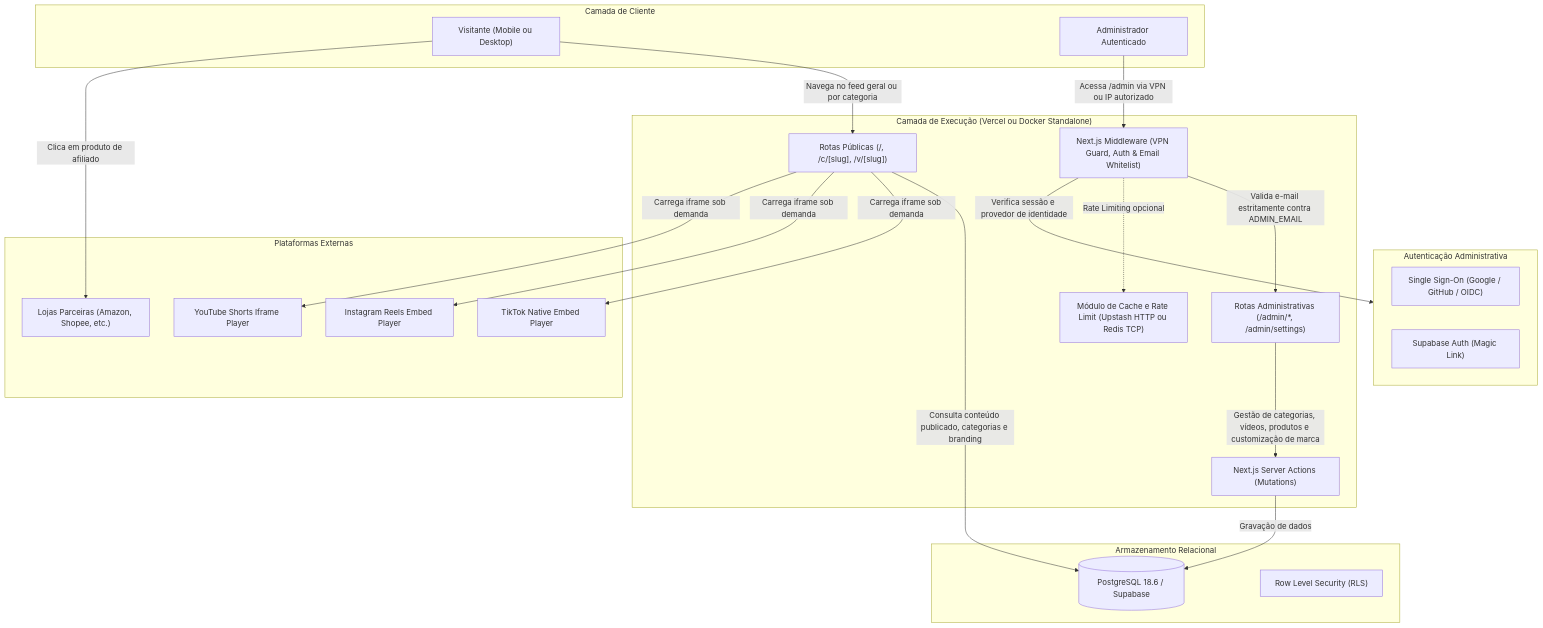
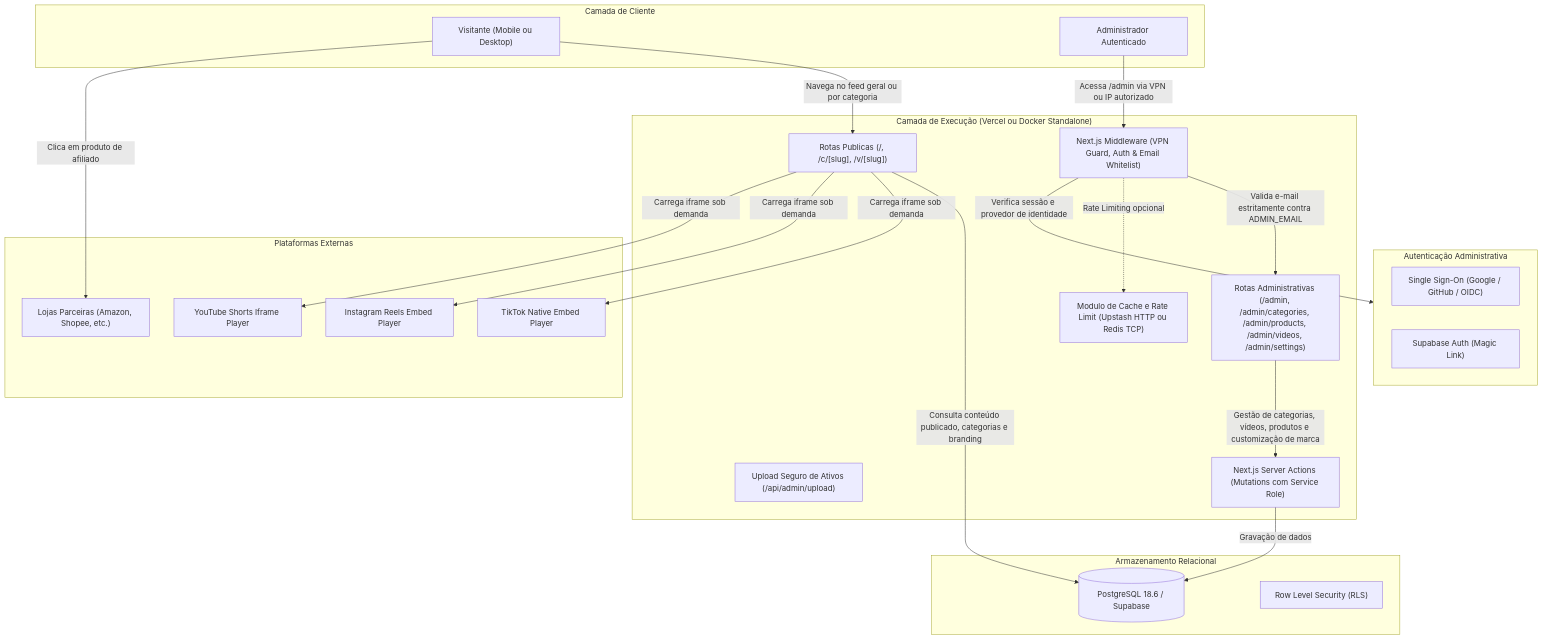
One commit to TheCheepeer/Promocuts changed the first of 2 diagrams in docs/ARCHITECTURE.md. Above: the diagram before and after it, drawn with Mermaid. The commit also changed 34 other files, not shown here.

````diff
--- a/docs/ARCHITECTURE.md
+++ b/docs/ARCHITECTURE.md
@@ -20,46 +20,47 @@
 ```mermaid
 flowchart TD
     subgraph ClientLayer["Camada de Cliente"]
         Visitor["Visitante (Mobile ou Desktop)"]
         AdminUser["Administrador Autenticado"]
     end
 
     subgraph HostLayer["Camada de Execução (Vercel ou Docker Standalone)"]
         NextMiddleware["Next.js Middleware (VPN Guard, Auth & Email Whitelist)"]
-        PublicRoute["Rotas Públicas (/, /c/[slug], /v/[slug])"]
-        AdminRoute["Rotas Administrativas (/admin/*, /admin/settings)"]
-        ServerAction["Next.js Server Actions (Mutations)"]
-        RedisModule["Módulo de Cache e Rate Limit (Upstash HTTP ou Redis TCP)"]
+        PublicRoute["Rotas Publicas (/, /c/[slug], /v/[slug])"]
+        AdminRoute["Rotas Administrativas (/admin, /admin/categories, /admin/products, /admin/videos, /admin/settings)"]
+        UploadEndpoint["Upload Seguro de Ativos (/api/admin/upload)"]
+        ServerAction["Next.js Server Actions (Mutations com Service Role)"]
+        RedisModule["Modulo de Cache e Rate Limit (Upstash HTTP ou Redis TCP)"]
     end
 
     subgraph AuthLayer["Autenticação Administrativa"]
         SSOAuth["Single Sign-On (Google / GitHub / OIDC)"]
         SupaAuth["Supabase Auth (Magic Link)"]
     end
 
     subgraph DataLayer["Armazenamento Relacional"]
         PostgresDB[("PostgreSQL 18.6 / Supabase")]
         RLS["Row Level Security (RLS)"]
     end
 
     subgraph ExternalServices["Plataformas Externas"]
         TikTokEmbed["TikTok Native Embed Player"]
         ReelsEmbed["Instagram Reels Embed Player"]
         ShortsEmbed["YouTube Shorts Iframe Player"]
         AffiliateDestination["Lojas Parceiras (Amazon, Shopee, etc.)"]
     end
 
     Visitor -->|Navega no feed geral ou por categoria| PublicRoute
     PublicRoute -->|Consulta conteúdo publicado, categorias e branding| PostgresDB
     PublicRoute -->|Carrega iframe sob demanda| TikTokEmbed
     PublicRoute -->|Carrega iframe sob demanda| ReelsEmbed
     PublicRoute -->|Carrega iframe sob demanda| ShortsEmbed
     Visitor -->|Clica em produto de afiliado| AffiliateDestination
 
     AdminUser -->|Acessa /admin via VPN ou IP autorizado| NextMiddleware
     NextMiddleware -->|Verifica sessão e provedor de identidade| AuthLayer
     NextMiddleware -->|Valida e-mail estritamente contra ADMIN_EMAIL| AdminRoute
     AdminRoute -->|Gestão de categorias, vídeos, produtos e customização de marca| ServerAction
     ServerAction -->|Gravação de dados| PostgresDB
     NextMiddleware -.->|Rate Limiting opcional| RedisModule
 ```
````
